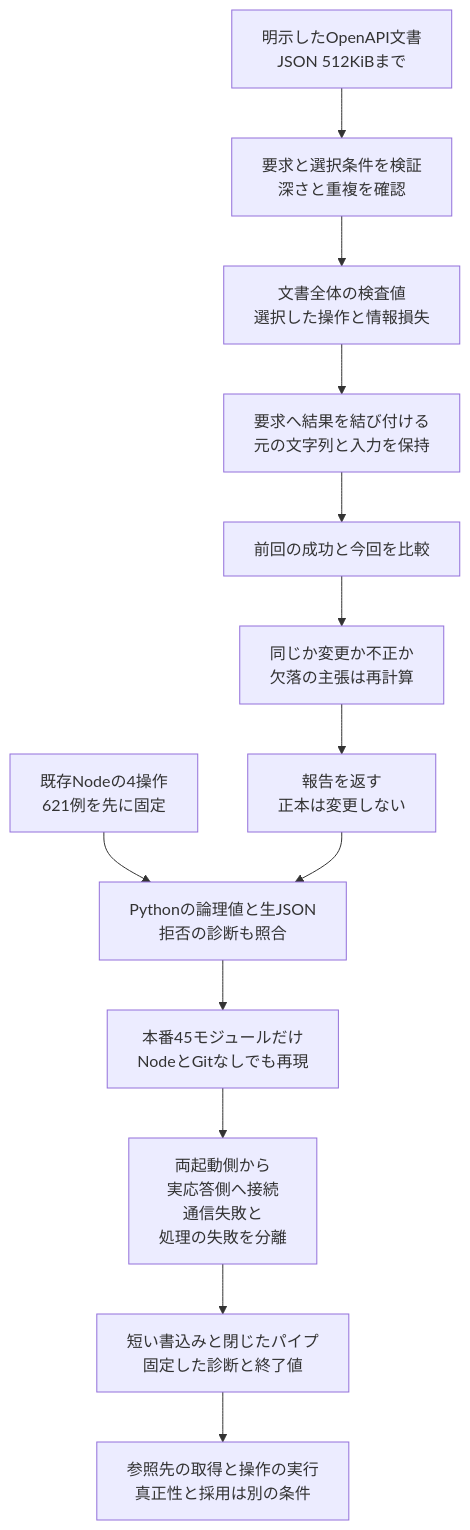
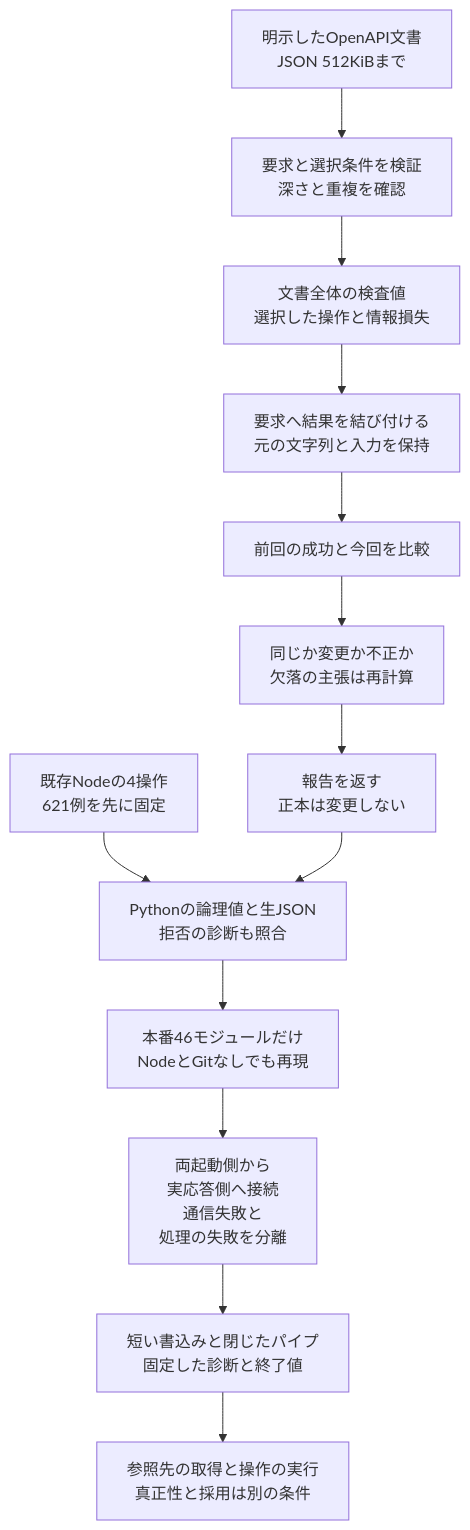
Before and after one commit to koukemo/morivyx: the diagram in docs/diagrams/python-openapi-import.mmd, drawn with Mermaid. The commit also changed 44 other files, not shown here.

```diff
--- a/docs/diagrams/python-openapi-import.mmd
+++ b/docs/diagrams/python-openapi-import.mmd
@@ -1,13 +1,13 @@
 flowchart TD
   A[明示したOpenAPI文書<br/>JSON 512KiBまで] --> B[要求と選択条件を検証<br/>深さと重複を確認]
   B --> C[文書全体の検査値<br/>選択した操作と情報損失]
   C --> D[要求へ結果を結び付ける<br/>元の文字列と入力を保持]
   D --> E[前回の成功と今回を比較]
   E --> F[同じか変更か不正か<br/>欠落の主張は再計算]
   F --> G[報告を返す<br/>正本は変更しない]
   H[既存Nodeの4操作<br/>621例を先に固定] --> I[Pythonの論理値と生JSON<br/>拒否の診断も照合]
   G --> I
-  I --> J[本番45モジュールだけ<br/>NodeとGitなしでも再現]
+  I --> J[本番46モジュールだけ<br/>NodeとGitなしでも再現]
   J --> K[両起動側から<br/>実応答側へ接続<br/>通信失敗と<br/>処理の失敗を分離]
   K --> L[短い書込みと閉じたパイプ<br/>固定した診断と終了値]
   L --> M[参照先の取得と操作の実行<br/>真正性と採用は別の条件]
```
